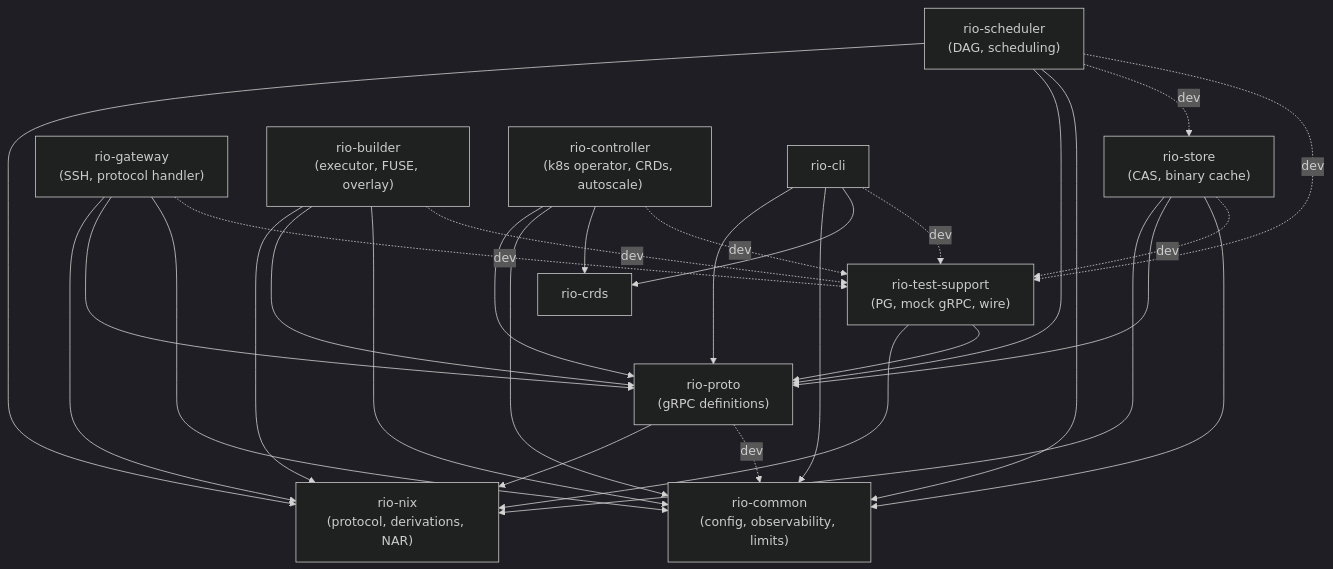
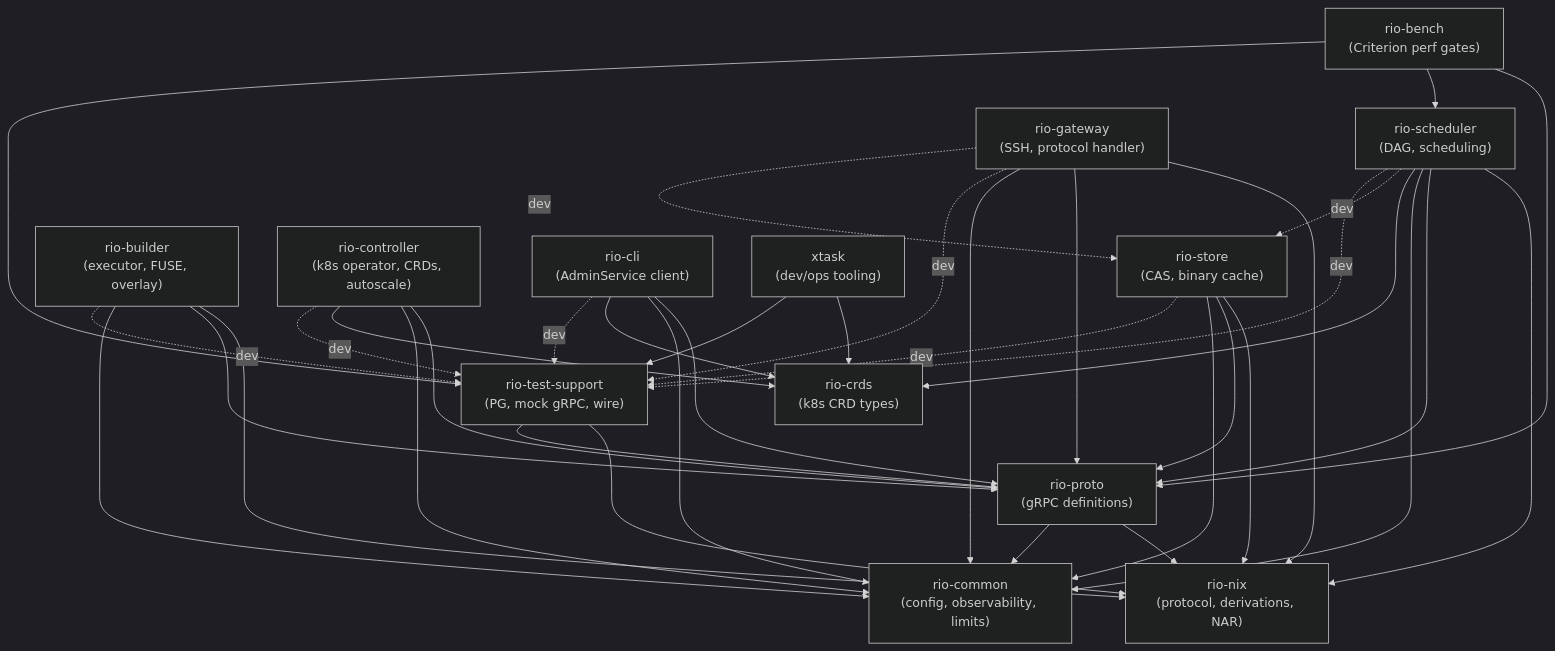
The diagram in docs/src/crate-structure.md (Mic92/rio-build), drawn with Mermaid (dark theme) before and after one commit. The commit also changed other lines of this file, not shown here.

````diff
--- a/docs/src/crate-structure.md
+++ b/docs/src/crate-structure.md
@@ -33,49 +33,62 @@
 ```mermaid
 graph TD
     rio-common["rio-common<br/>(config, observability, limits)"]
     rio-nix["rio-nix<br/>(protocol, derivations, NAR)"]
     rio-proto["rio-proto<br/>(gRPC definitions)"]
+    rio-crds["rio-crds<br/>(k8s CRD types)"]
     rio-test-support["rio-test-support<br/>(PG, mock gRPC, wire)"]
     rio-store["rio-store<br/>(CAS, binary cache)"]
     rio-scheduler["rio-scheduler<br/>(DAG, scheduling)"]
     rio-gateway["rio-gateway<br/>(SSH, protocol handler)"]
     rio-builder["rio-builder<br/>(executor, FUSE, overlay)"]
     rio-controller["rio-controller<br/>(k8s operator, CRDs, autoscale)"]
+    rio-cli["rio-cli<br/>(AdminService client)"]
+    rio-bench["rio-bench<br/>(Criterion perf gates)"]
+    xtask["xtask<br/>(dev/ops tooling)"]
 
     rio-proto --> rio-nix
-    rio-proto -.->|dev| rio-common
+    rio-proto --> rio-common
 
     rio-test-support --> rio-nix
     rio-test-support --> rio-proto
 
     rio-gateway --> rio-nix
     rio-gateway --> rio-proto
     rio-gateway --> rio-common
     rio-gateway -.->|dev| rio-test-support
+    rio-gateway -.->|dev| rio-store
 
     rio-builder --> rio-nix
     rio-builder --> rio-proto
     rio-builder --> rio-common
     rio-builder -.->|dev| rio-test-support
 
     rio-scheduler --> rio-nix
     rio-scheduler --> rio-proto
     rio-scheduler --> rio-common
+    rio-scheduler --> rio-crds
     rio-scheduler -.->|dev| rio-store
     rio-scheduler -.->|dev| rio-test-support
 
     rio-store --> rio-nix
     rio-store --> rio-proto
     rio-store --> rio-common
     rio-store -.->|dev| rio-test-support
 
     rio-controller --> rio-proto
     rio-controller --> rio-common
     rio-controller --> rio-crds
     rio-controller -.->|dev| rio-test-support
 
     rio-cli --> rio-proto
     rio-cli --> rio-common
     rio-cli --> rio-crds
     rio-cli -.->|dev| rio-test-support
+
+    rio-bench --> rio-proto
+    rio-bench --> rio-scheduler
+    rio-bench --> rio-test-support
+
+    xtask --> rio-crds
+    xtask --> rio-test-support
 ```
````
